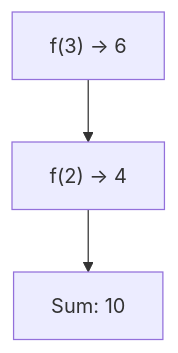
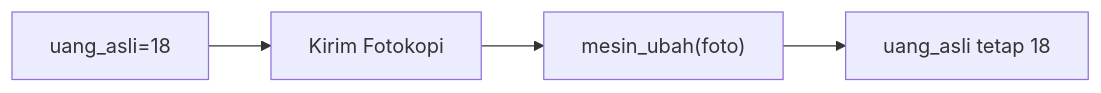
One commit to amnahwaida/OSNK_INF_PREP changed diagram 12 of 25 in part-c-pemahaman-cpp/04-fungsi/latihan/set-12.md. Above: the diagram before and after it, drawn with Mermaid. The commit also changed other lines of this file and 71 other files, not shown here.

````diff
--- a/part-c-pemahaman-cpp/04-fungsi/latihan/set-12.md
+++ b/part-c-pemahaman-cpp/04-fungsi/latihan/set-12.md
@@ -312,5 +329,6 @@
 ```mermaid
-graph TD
-A["f(3) -> 6"] --> B["f(2) -> 4"]
-B --> C["Sum: 10"]
+graph LR
+A["uang_asli=18"] --> B["Kirim Fotokopi"]
+B --> C["mesin_ubah(foto)"]
+C --> D["uang_asli tetap 18"]
 ```
````
